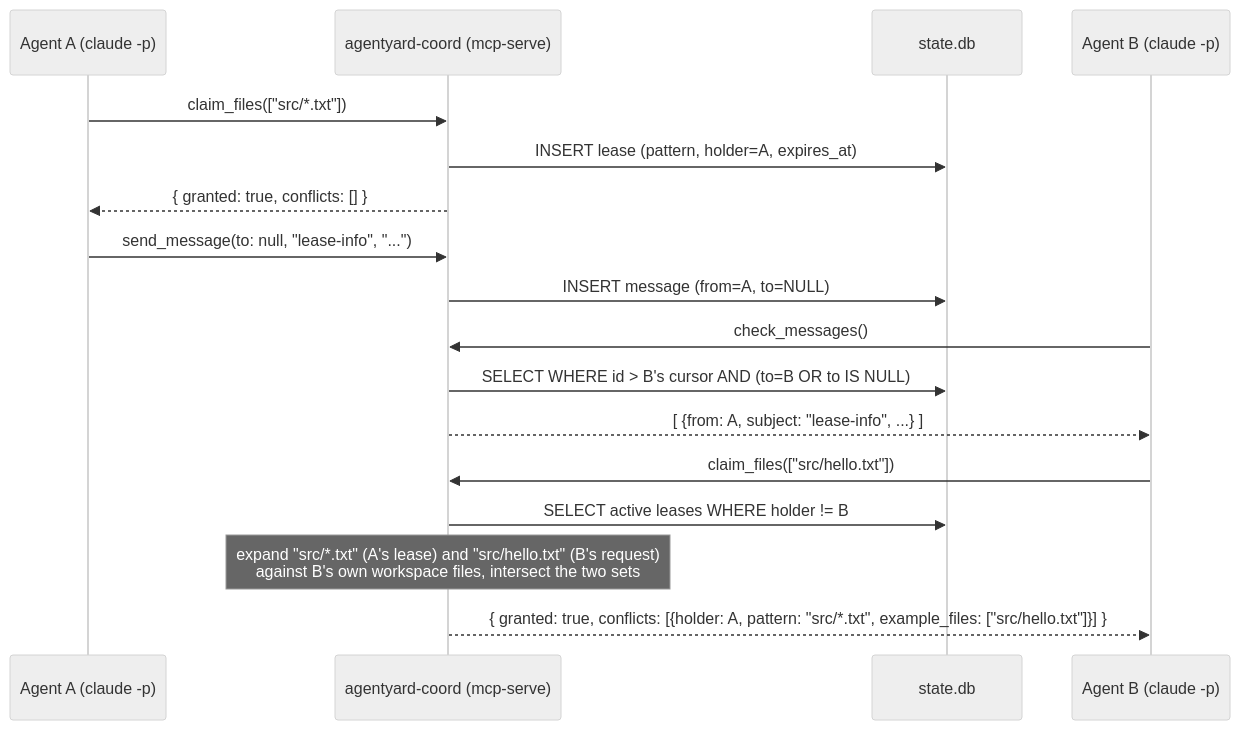
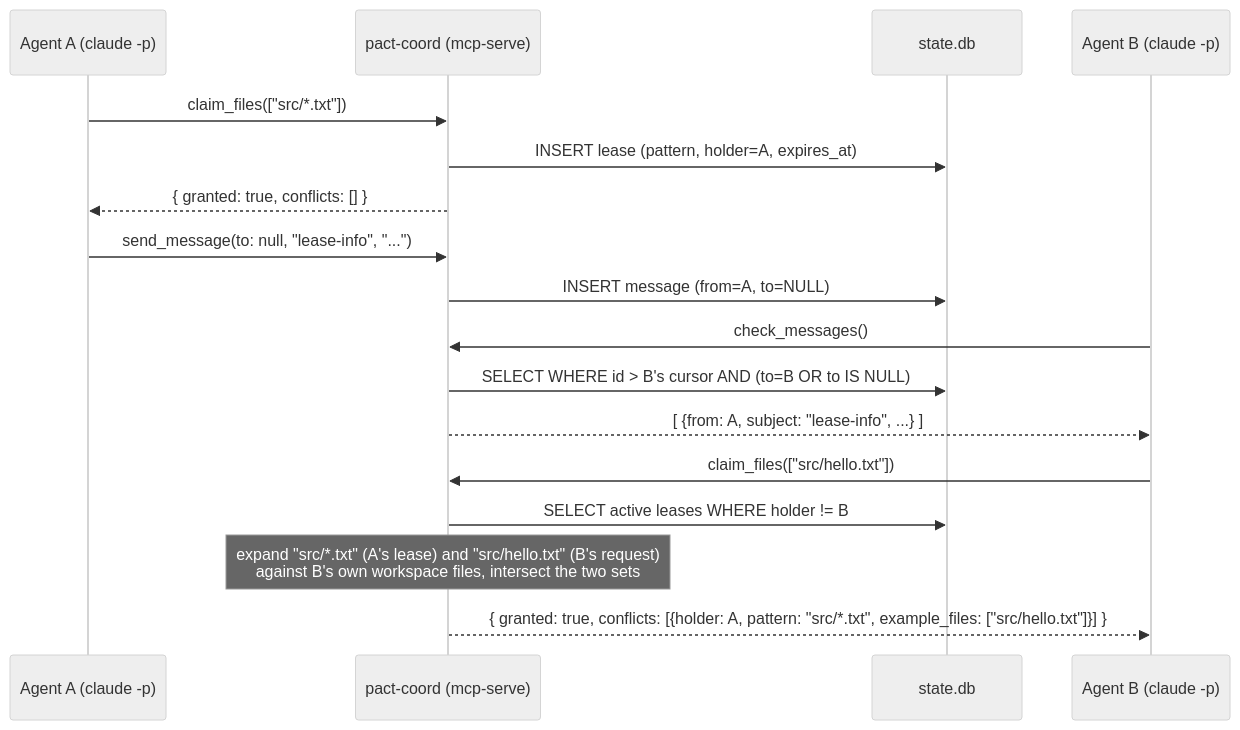
One commit to zekariasasaminew/pact changed the third of 3 diagrams in README.md. Above: the diagram before and after it, drawn with Mermaid (neutral theme). The commit also changed other lines of this file, not shown here.

Commit message:
Rename README references from agentyard to pact

````diff
--- a/README.md
+++ b/README.md
@@ -293,21 +293,21 @@
 ```mermaid
 sequenceDiagram
     participant A as Agent A (claude -p)
-    participant Coord as agentyard-coord (mcp-serve)
+    participant Coord as pact-coord (mcp-serve)
     participant DB as state.db
     participant B as Agent B (claude -p)
 
     A->>Coord: claim_files(["src/*.txt"])
     Coord->>DB: INSERT lease (pattern, holder=A, expires_at)
     Coord-->>A: { granted: true, conflicts: [] }
     A->>Coord: send_message(to: null, "lease-info", "...")
     Coord->>DB: INSERT message (from=A, to=NULL)
 
     B->>Coord: check_messages()
     Coord->>DB: SELECT WHERE id > B's cursor AND (to=B OR to IS NULL)
     Coord-->>B: [ {from: A, subject: "lease-info", ...} ]
     B->>Coord: claim_files(["src/hello.txt"])
     Coord->>DB: SELECT active leases WHERE holder != B
     Note over Coord: expand "src/*.txt" (A's lease) and "src/hello.txt" (B's request)<br/>against B's own workspace files, intersect the two sets
     Coord-->>B: { granted: true, conflicts: [{holder: A, pattern: "src/*.txt", example_files: ["src/hello.txt"]}] }
 ```
````
